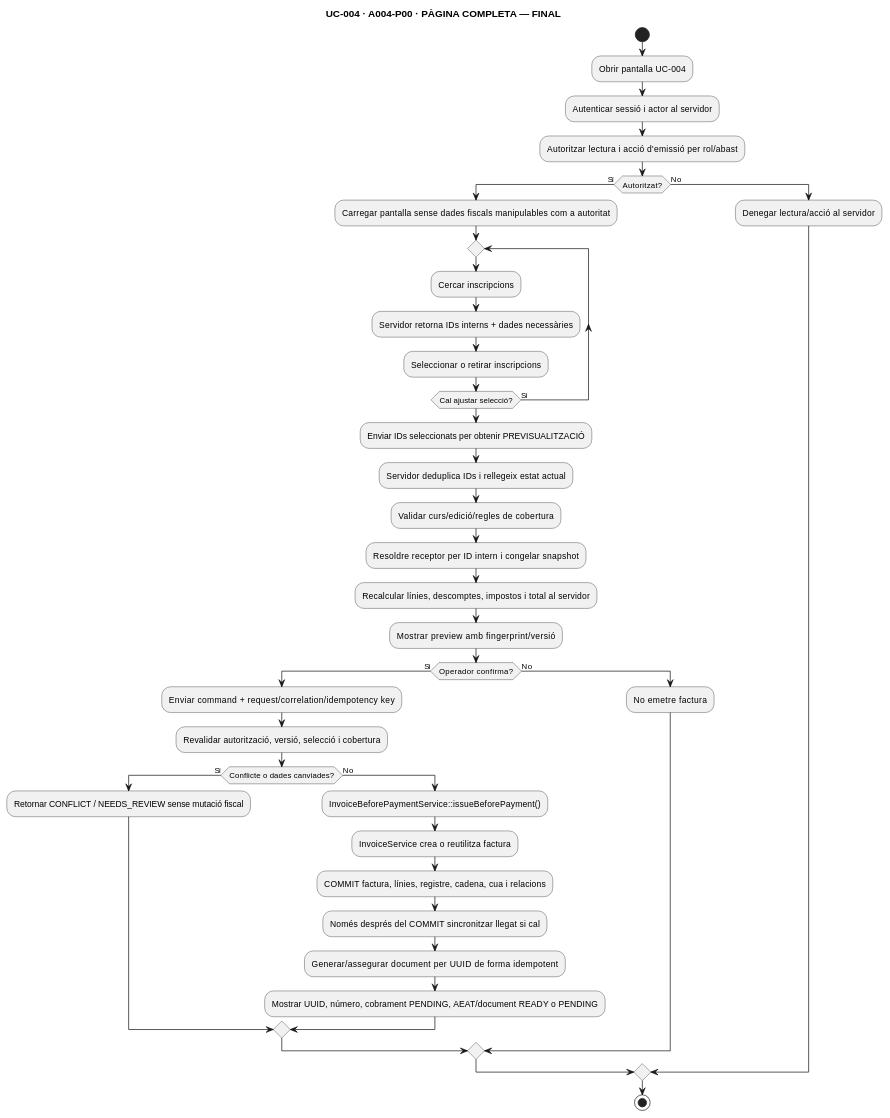
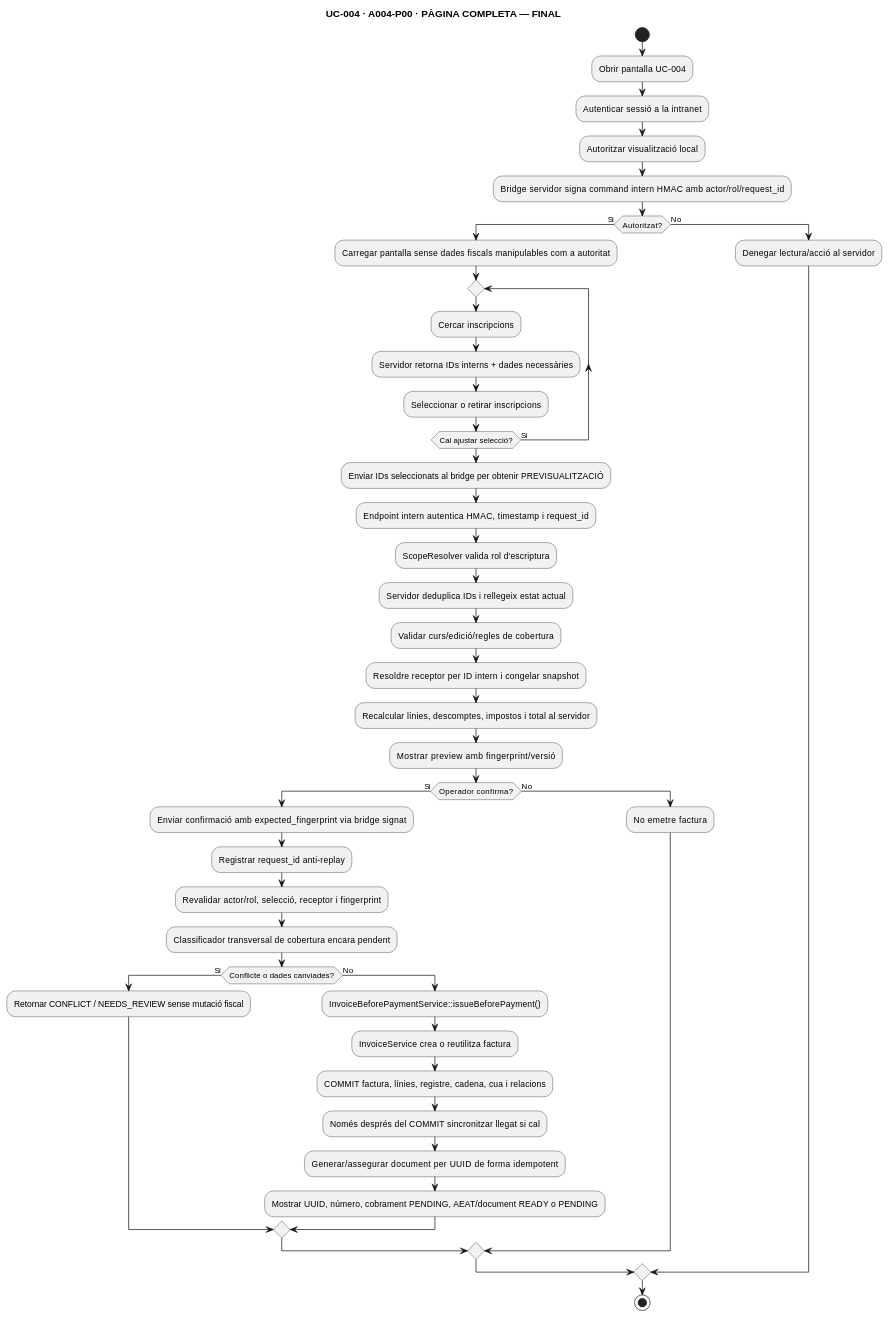
The second of 14 diagrams in documentacio/07-uml-integrat/uc-004-activitats-actual-final.md (orgmeriemprismacat-del/verifactu), drawn with PlantUML before and after one commit. The commit also changed other lines of this file, not shown here.

Commit message:
docs(uc-004): actualitzar activitats amb HMAC i auditoria atomica

````diff
--- a/documentacio/07-uml-integrat/uc-004-activitats-actual-final.md
+++ b/documentacio/07-uml-integrat/uc-004-activitats-actual-final.md
@@ -96,44 +96,49 @@
 ```plantuml
 @startuml
 title UC-004 · A004-P00 · PÀGINA COMPLETA — FINAL
 start
 :Obrir pantalla UC-004;
-:Autenticar sessió i actor al servidor;
-:Autoritzar lectura i acció d'emissió per rol/abast;
+:Autenticar sessió a la intranet;
+:Autoritzar visualització local;
+:Bridge servidor signa command intern HMAC amb actor/rol/request_id;
 if (Autoritzat?) then (Sí)
   :Carregar pantalla sense dades fiscals manipulables com a autoritat;
   repeat
     :Cercar inscripcions;
     :Servidor retorna IDs interns + dades necessàries;
     :Seleccionar o retirar inscripcions;
   repeat while (Cal ajustar selecció?) is (Sí)
 
-  :Enviar IDs seleccionats per obtenir PREVISUALITZACIÓ;
+  :Enviar IDs seleccionats al bridge per obtenir PREVISUALITZACIÓ;
+  :Endpoint intern autentica HMAC, timestamp i request_id;
+  :ScopeResolver valida rol d'escriptura;
   :Servidor deduplica IDs i rellegeix estat actual;
   :Validar curs/edició/regles de cobertura;
   :Resoldre receptor per ID intern i congelar snapshot;
   :Recalcular línies, descomptes, impostos i total al servidor;
   :Mostrar preview amb fingerprint/versió;
 
   if (Operador confirma?) then (Sí)
-    :Enviar command + request/correlation/idempotency key;
-    :Revalidar autorització, versió, selecció i cobertura;
+    :Enviar confirmació amb expected_fingerprint via bridge signat;
+    :Registrar request_id anti-replay;
+    :Revalidar actor/rol, selecció, receptor i fingerprint;
+    :Classificador transversal de cobertura encara pendent;
     if (Conflicte o dades canviades?) then (Sí)
       :Retornar CONFLICT / NEEDS_REVIEW sense mutació fiscal;
     else (No)
       :InvoiceBeforePaymentService::issueBeforePayment();
       :InvoiceService crea o reutilitza factura;
       :COMMIT factura, línies, registre, cadena, cua i relacions;
       :Només després del COMMIT sincronitzar llegat si cal;
       :Generar/assegurar document per UUID de forma idempotent;
       :Mostrar UUID, número, cobrament PENDING, AEAT/document READY o PENDING;
     endif
   else (No)
     :No emetre factura;
   endif
 else (No)
   :Denegar lectura/acció al servidor;
 endif
 stop
 @enduml
 ```
````
